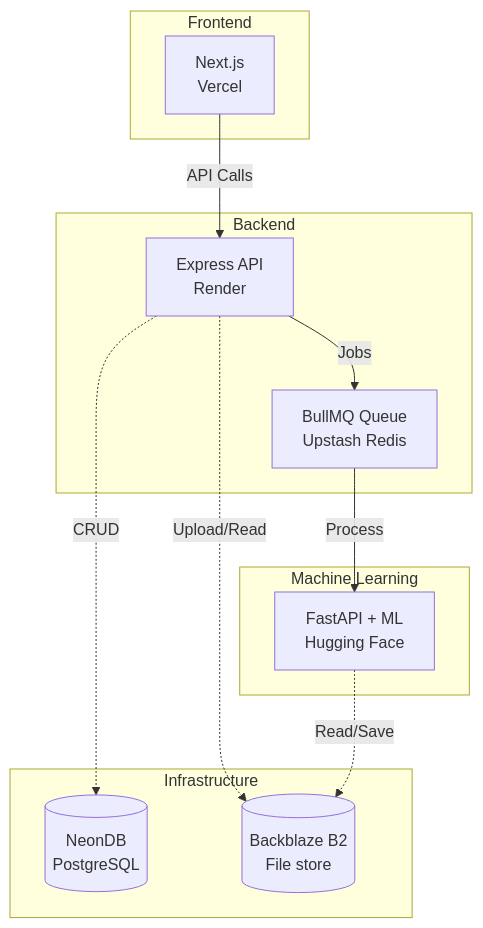
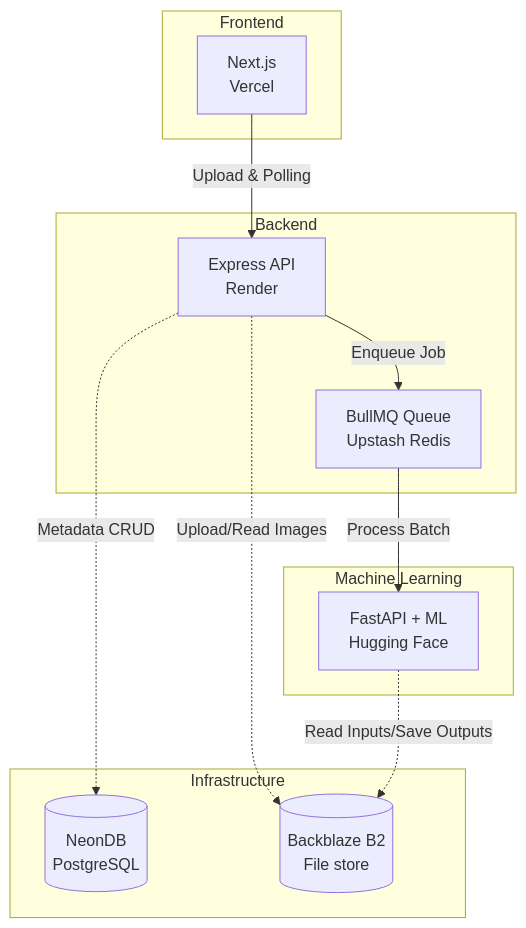
One commit to HarshMangaraj/TerraVis changed the diagram in README.md. Above: the diagram before and after it, drawn with Mermaid. The commit also changed other lines of this file, not shown here.

Commit message:
docs: overhaul README with improved structure, detailed architecture, and updated project documentation

````diff
--- a/README.md
+++ b/README.md
@@ -33,28 +64,28 @@
 ```mermaid
 graph TD
     subgraph Frontend
         Next[Next.js <br>Vercel]
     end
     
     subgraph Backend
         Express[Express API <br>Render]
         Queue[BullMQ Queue <br>Upstash Redis]
     end
     
     subgraph Machine Learning
         FastAPI[FastAPI + ML <br>Hugging Face]
     end
     
     subgraph Infrastructure
         DB[(NeonDB <br>PostgreSQL)]
         Storage[(Backblaze B2 <br>File store)]
     end
 
-    Next -->|API Calls| Express
-    Express -->|Jobs| Queue
-    Queue -->|Process| FastAPI
+    Next -->|Upload & Polling| Express
+    Express -->|Enqueue Job| Queue
+    Queue -->|Process Batch| FastAPI
     
-    Express -.->|CRUD| DB
-    Express -.->|Upload/Read| Storage
-    FastAPI -.->|Read/Save| Storage
+    Express -.->|Metadata CRUD| DB
+    Express -.->|Upload/Read Images| Storage
+    FastAPI -.->|Read Inputs/Save Outputs| Storage
 ```
````
